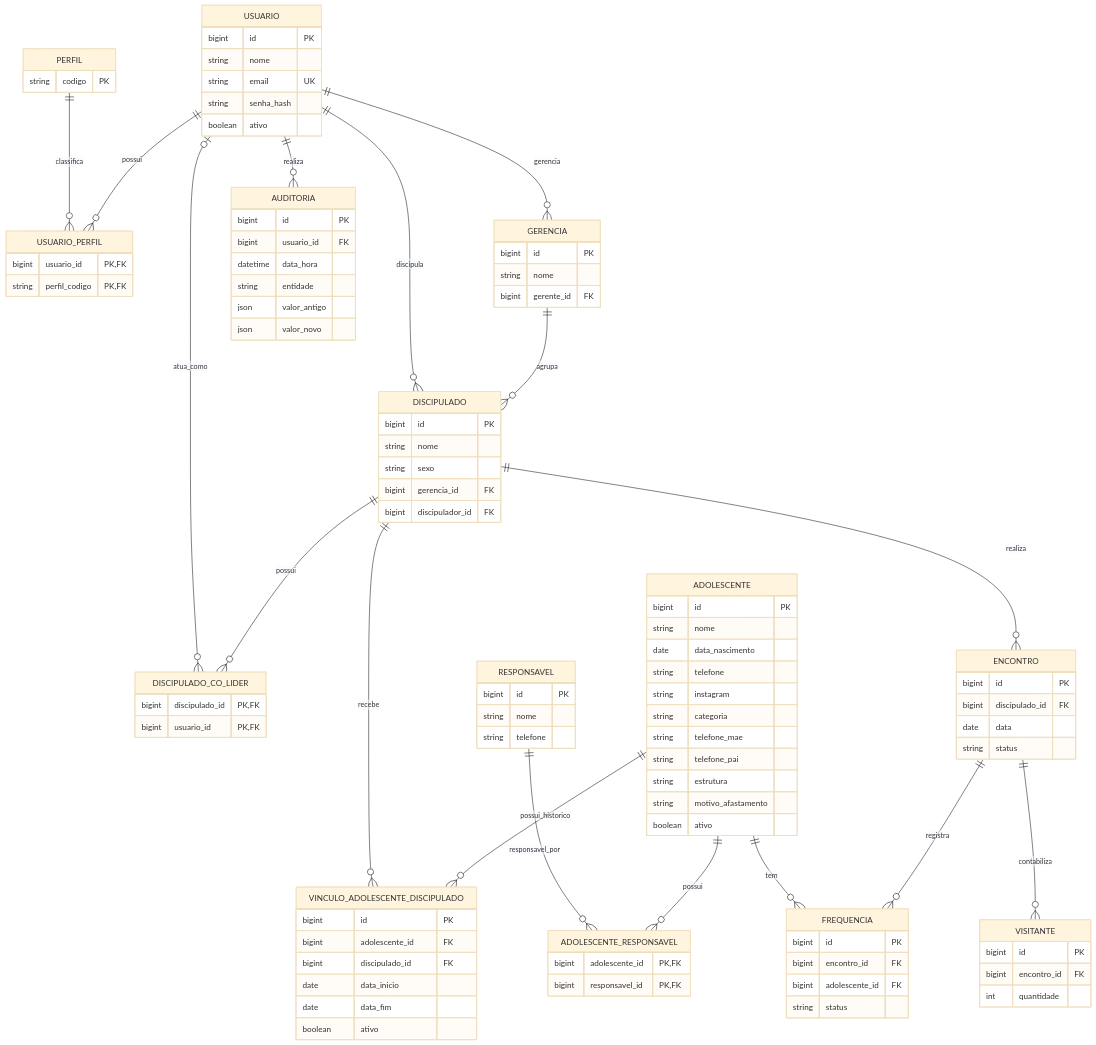
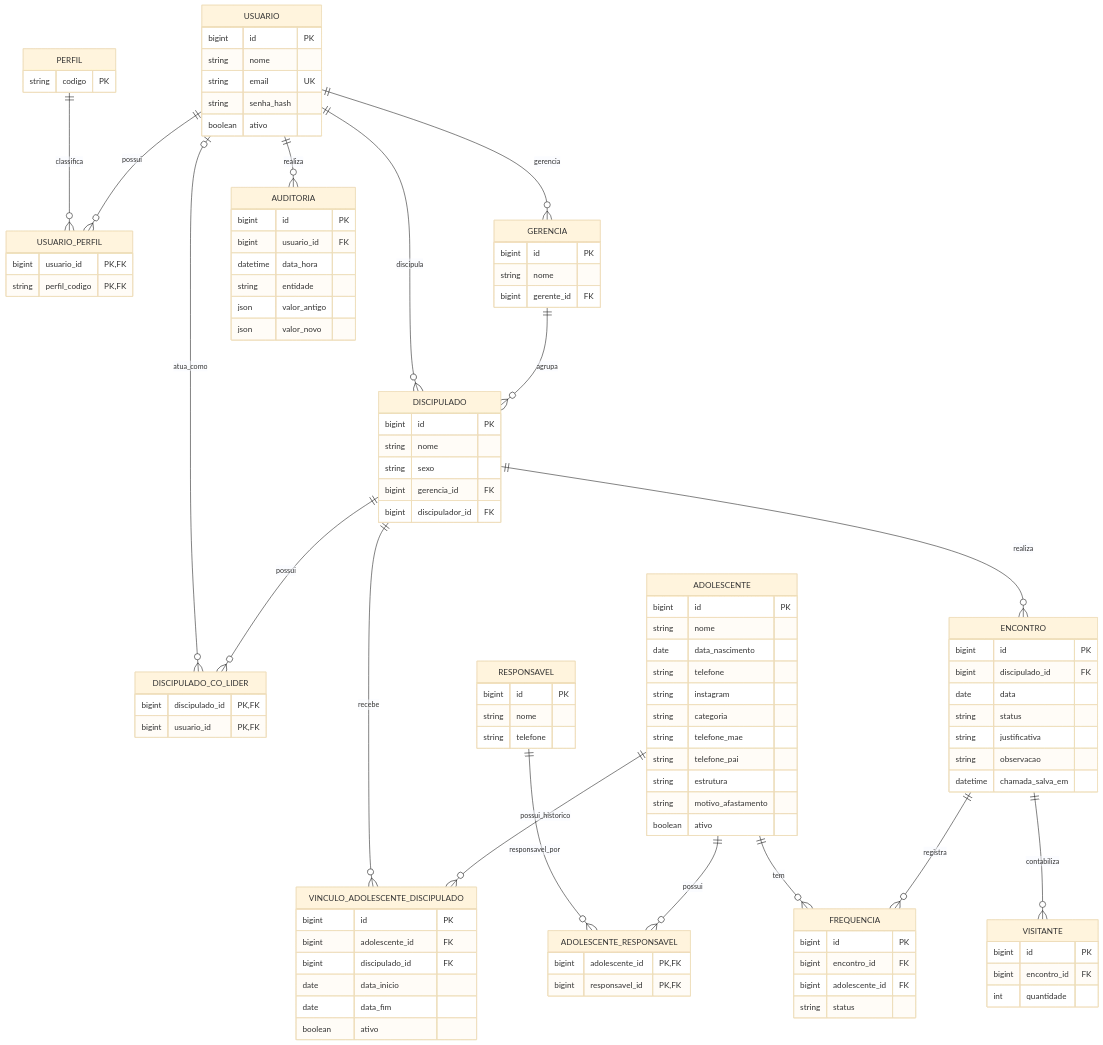
The diagram in docs/05-modelo-de-dados.md (apontes77/sgd), drawn with Mermaid (base theme) before and after one commit. The commit also changed other lines of this file and 3 other files, not shown here.

```diff
--- a/docs/05-modelo-de-dados.md
+++ b/docs/05-modelo-de-dados.md
@@ -69,6 +69,9 @@
         bigint discipulado_id FK
         date data
         string status
+        string justificativa
+        string observacao
+        datetime chamada_salva_em
     }
     FREQUENCIA {
         bigint id PK
```
